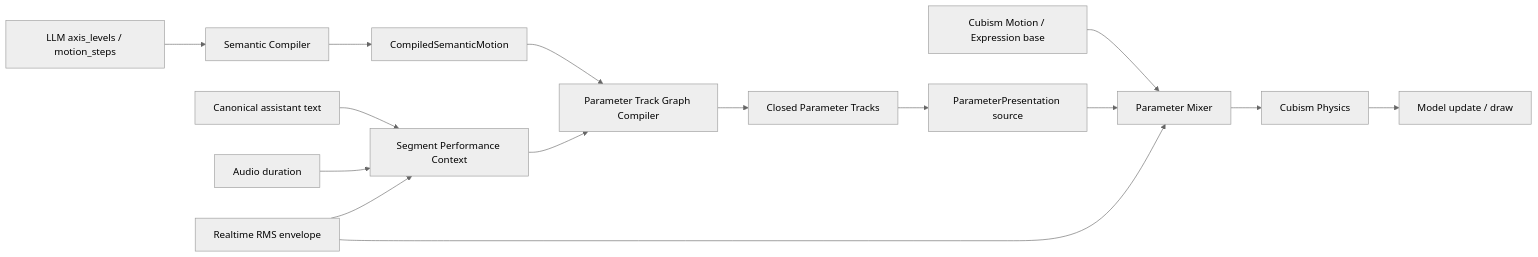
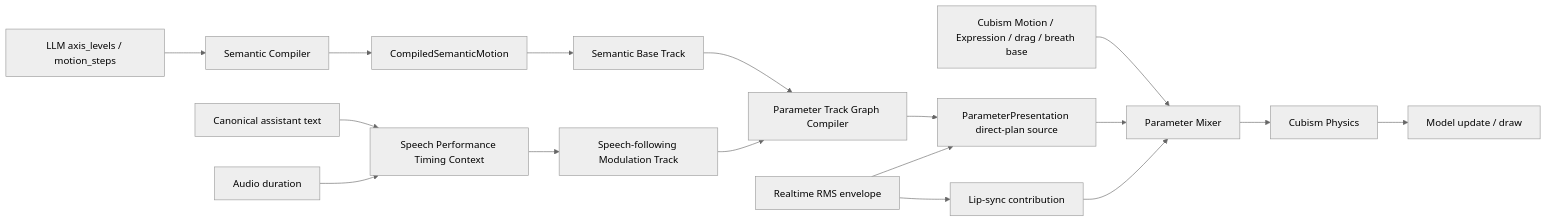
One commit to murphys7017/AG99live changed the diagram in docs/02-设计文档/15-动作表现优化实施方案.md. Above: the diagram before and after it, drawn with Mermaid (neutral theme). The commit also changed other lines of this file and 16 other files, not shown here.

Commit message:
feat: add phrase-aware speech performance

````diff
--- a/docs/02-设计文档/15-动作表现优化实施方案.md
+++ b/docs/02-设计文档/15-动作表现优化实施方案.md
@@ -69,17 +87,19 @@
 ```mermaid
 flowchart LR
     A[LLM axis_levels / motion_steps] --> B[Semantic Compiler]
     B --> C[CompiledSemanticMotion]
-    D[Canonical assistant text] --> E[Segment Performance Context]
+    D[Canonical assistant text] --> E[Speech Performance Timing Context]
     F[Audio duration] --> E
-    G[Realtime RMS envelope] --> E
-    C --> H[Parameter Track Graph Compiler]
-    E --> H
-    H --> I[Closed Parameter Tracks]
-    I --> J[ParameterPresentation source]
-    K[Cubism Motion / Expression base] --> L[Parameter Mixer]
-    J --> L
-    G --> L
-    L --> M[Cubism Physics]
-    M --> N[Model update / draw]
+    C --> H[Semantic Base Track]
+    E --> I[Speech-following Modulation Track]
+    H --> J[Parameter Track Graph Compiler]
+    I --> J
+    J --> K[ParameterPresentation direct-plan source]
+    G[Realtime RMS envelope] --> K
+    L[Cubism Motion / Expression / drag / breath base] --> N[Parameter Mixer]
+    K --> N
+    M[Lip-sync contribution] --> N
+    G --> M
+    N --> O[Cubism Physics]
+    O --> P[Model update / draw]
 ```
````
